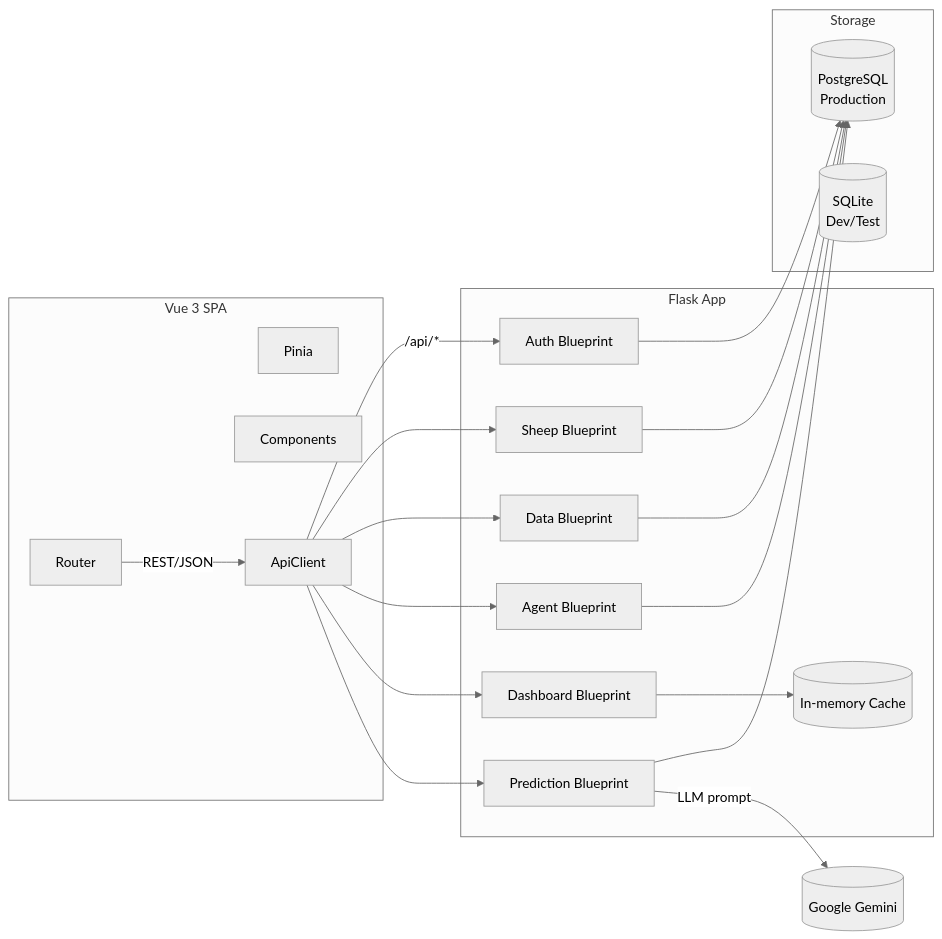
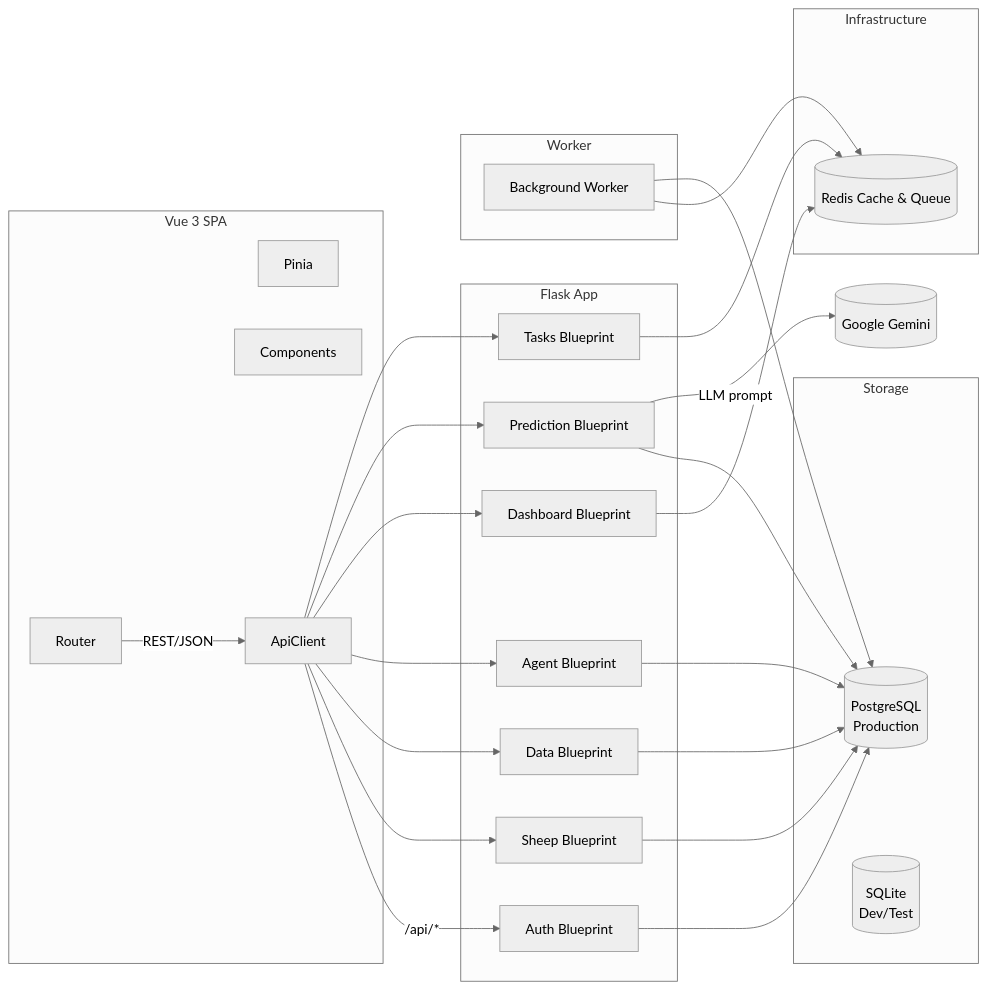
The diagram in README.md (nj1i6t6/Dr.Goat-AI-Agent), drawn with Mermaid (neutral theme) before and after one commit. The commit also changed other lines of this file and 26 other files, not shown here.

Commit message:
Add Redis-backed sessions, caching, and background tasks

````diff
--- a/README.md
+++ b/README.md
@@ -40,41 +40,54 @@
 ```mermaid
 graph LR
     subgraph Frontend [Vue 3 SPA]
         Router
         Pinia
         Components
         ApiClient
     end
 
     subgraph Backend [Flask App]
         Auth[Auth Blueprint]
         Sheep[Sheep Blueprint]
         Data[Data Blueprint]
         Agent[Agent Blueprint]
         Dashboard[Dashboard Blueprint]
         Prediction[Prediction Blueprint]
-        Cache[(In-memory Cache)]
+        Tasks[Tasks Blueprint]
     end
 
     subgraph Storage
         Postgres[(PostgreSQL<br/>Production)]
         SQLite[(SQLite<br/>Dev/Test)]
+    end
+
+    subgraph Infrastructure
+        Redis[(Redis Cache & Queue)]
+    end
+
+    subgraph Worker
+        WorkerNode[Background Worker]
     end
 
     Router -->|REST/JSON| ApiClient
     ApiClient -->|/api/*| Auth
     ApiClient --> Sheep
     ApiClient --> Data
     ApiClient --> Agent
     ApiClient --> Dashboard
     ApiClient --> Prediction
+    ApiClient --> Tasks
 
     Sheep --> Postgres
     Data --> Postgres
-    Dashboard --> Cache
+    Dashboard --> Redis
     Prediction --> Postgres
     Auth --> Postgres
     Agent --> Postgres
+    Tasks --> Redis
+
+    WorkerNode --> Redis
+    WorkerNode --> Postgres
 
     Prediction -->|LLM prompt| Gemini[(Google Gemini)]
 ```
````
